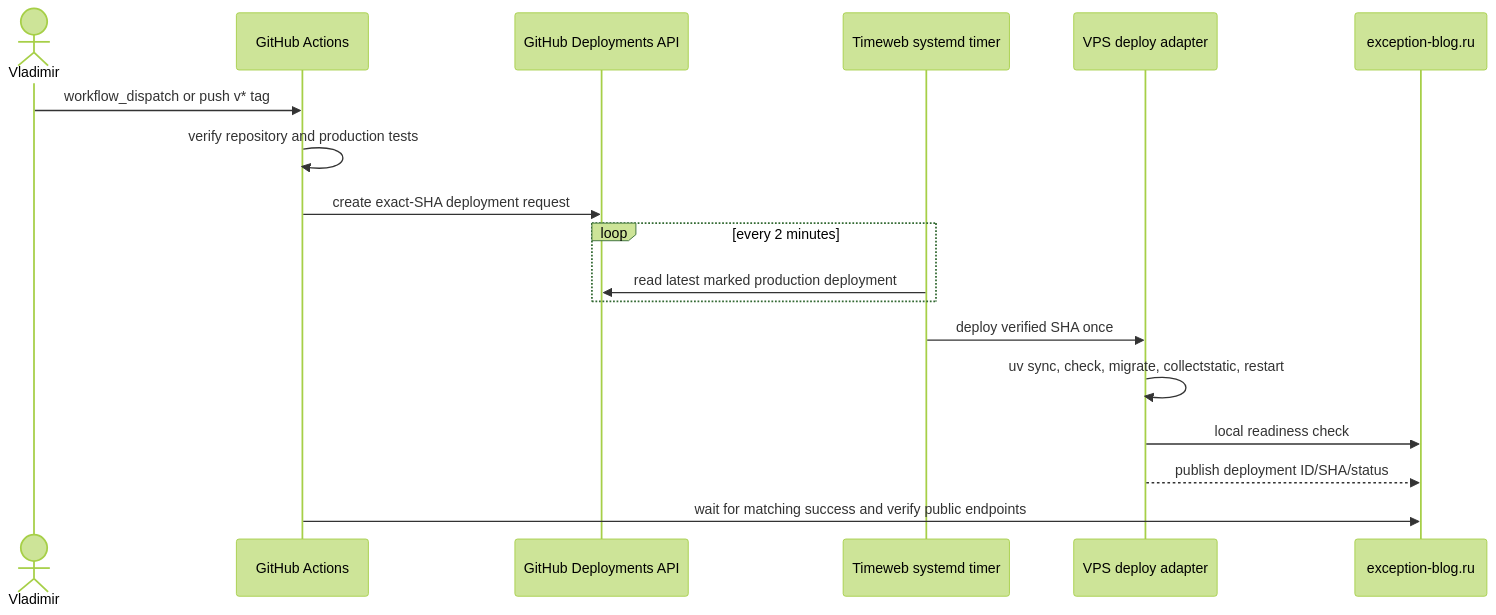
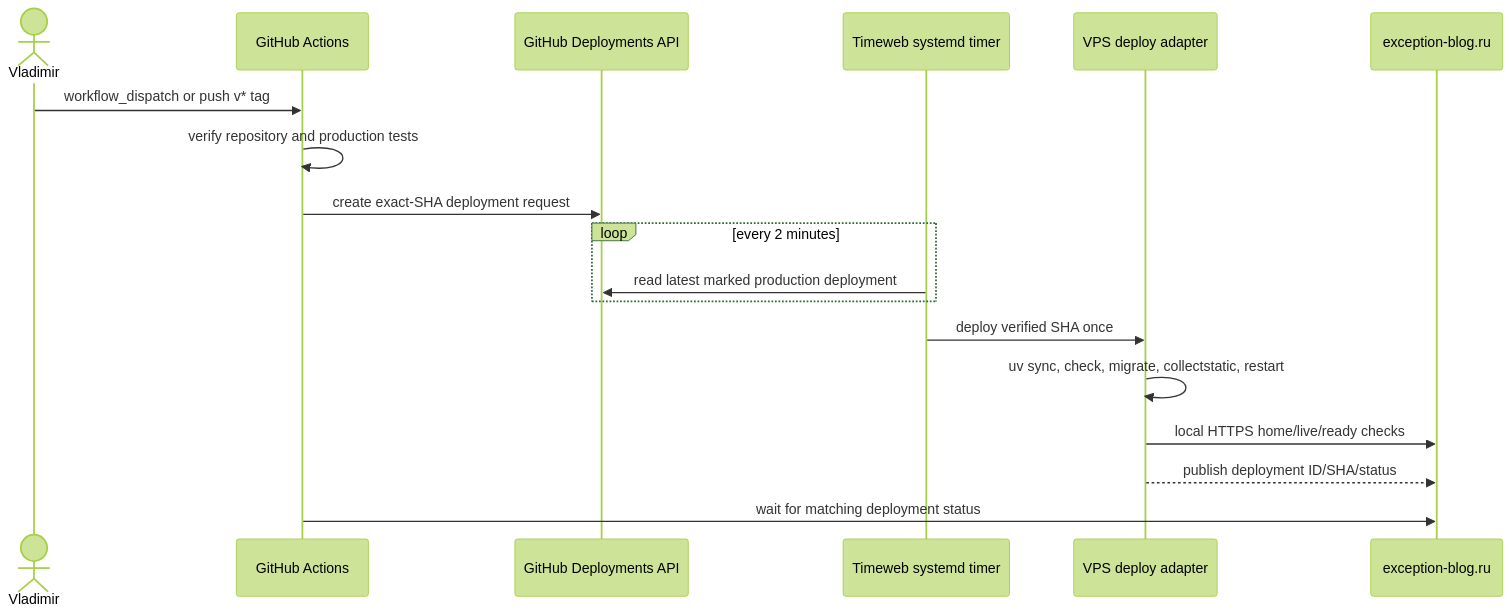
The diagram in doc/timeweb-deployment-preparation.md (VladimirMonin/django_6_blog), drawn with Mermaid (forest theme) before and after one commit. The commit also changed 5 other files, not shown here.

````diff
--- a/doc/timeweb-deployment-preparation.md
+++ b/doc/timeweb-deployment-preparation.md
@@ -44,21 +44,21 @@
 ```mermaid
 sequenceDiagram
     actor Owner as Vladimir
     participant GA as GitHub Actions
     participant API as GitHub Deployments API
     participant Timer as Timeweb systemd timer
     participant Host as VPS deploy adapter
     participant Web as exception-blog.ru
 
     Owner->>GA: workflow_dispatch or push v* tag
     GA->>GA: verify repository and production tests
     GA->>API: create exact-SHA deployment request
     loop every 2 minutes
         Timer->>API: read latest marked production deployment
     end
     Timer->>Host: deploy verified SHA once
     Host->>Host: uv sync, check, migrate, collectstatic, restart
-    Host->>Web: local readiness check
+    Host->>Web: local HTTPS home/live/ready checks
     Host-->>Web: publish deployment ID/SHA/status
-    GA->>Web: wait for matching success and verify public endpoints
+    GA->>Web: wait for matching deployment status
 ```
````
